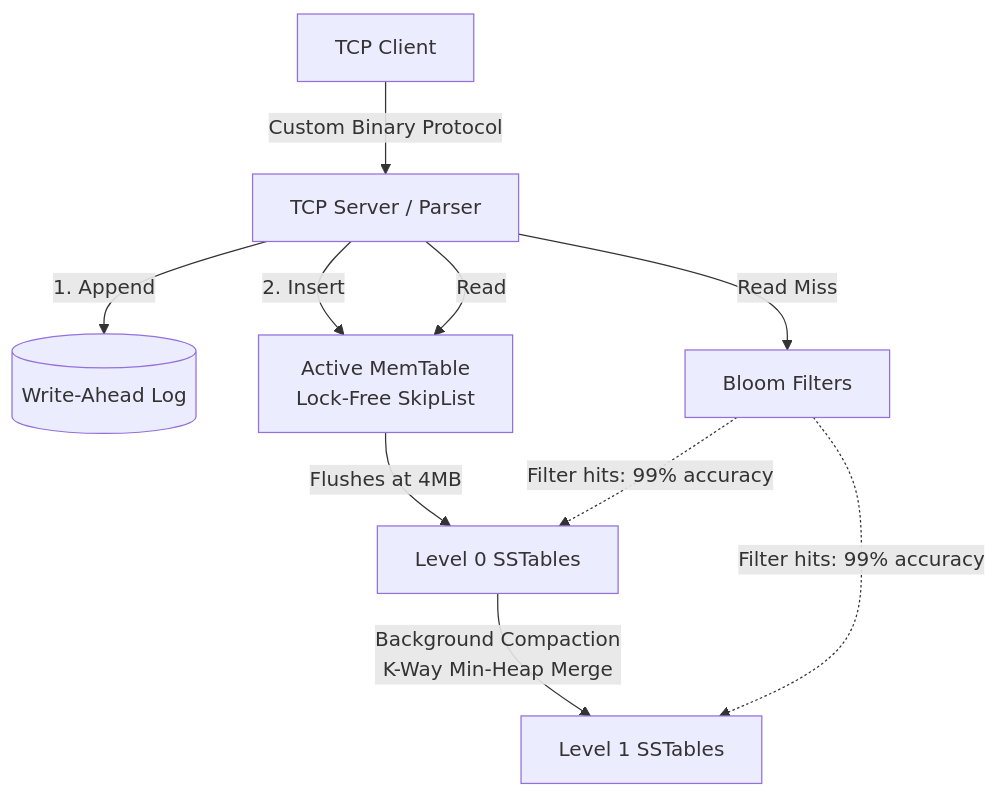
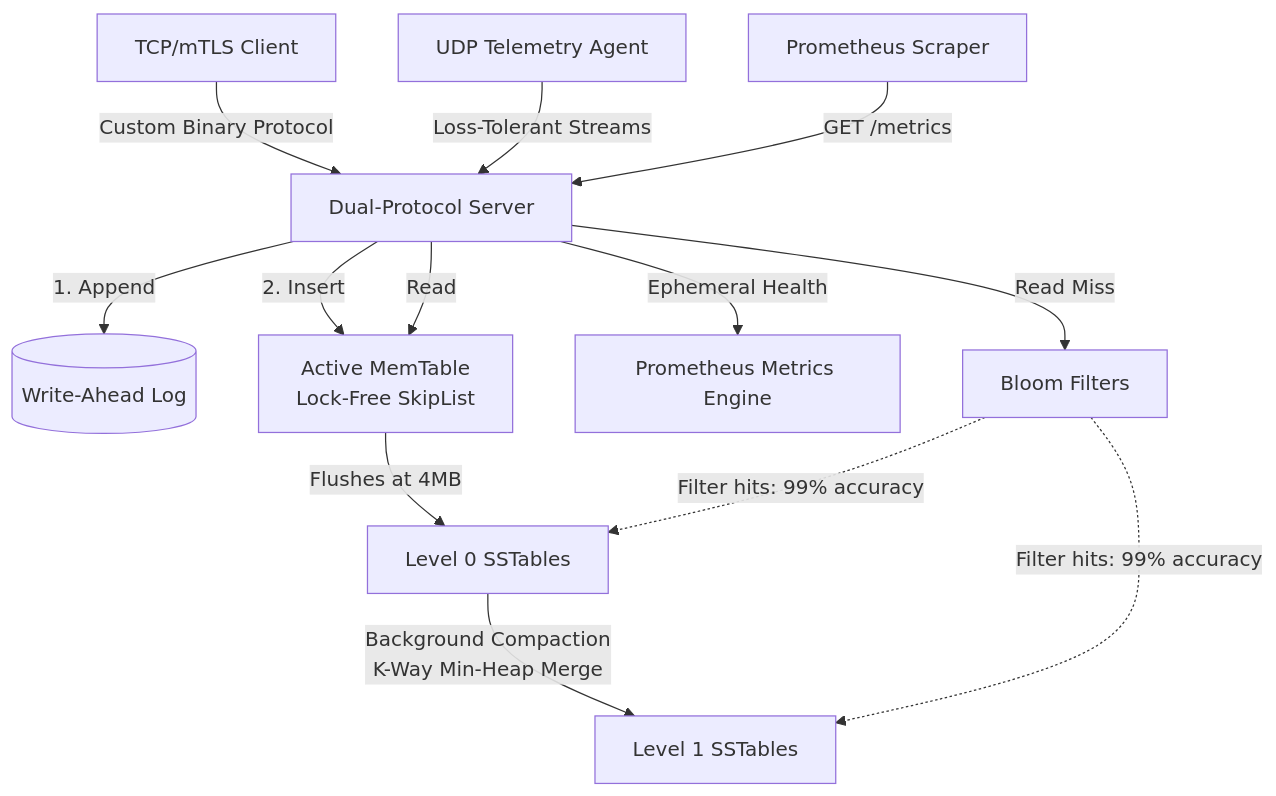
The diagram in README.md (Awesome06/Forest_DatabaseEngine), drawn with Mermaid before and after one commit. The commit also changed other lines of this file and 17 other files, not shown here.

First line of the commit message:
Add mTLS/UDP server and Prometheus metrics

````diff
--- a/README.md
+++ b/README.md
@@ -65,15 +72,19 @@
 ```mermaid
 graph TD
-    Client[TCP Client] -->|Custom Binary Protocol| Server[TCP Server / Parser]
+    Client[TCP/mTLS Client] -->|Custom Binary Protocol| Server[Dual-Protocol Server]
+    UDPClient[UDP Telemetry Agent] -->|Loss-Tolerant Streams| Server
+    Prometheus[Prometheus Scraper] -->|GET /metrics| Server
+
     Server -->|1. Append| WAL[(Write-Ahead Log)]
     Server -->|2. Insert| MemTable[Active MemTable <br/> Lock-Free SkipList]
     Server -->|Read| MemTable
+    Server -->|Ephemeral Health| MetricsBus[Prometheus Metrics Engine]
     
     MemTable -->|Flushes at 4MB| L0[Level 0 SSTables]
     
     Server -->|Read Miss| Bloom[Bloom Filters]
     Bloom -.->|Filter hits: 99% accuracy| L0
     Bloom -.->|Filter hits: 99% accuracy| L1[Level 1 SSTables]
     
     L0 -->|Background Compaction <br/> K-Way Min-Heap Merge| L1
 ```
````
